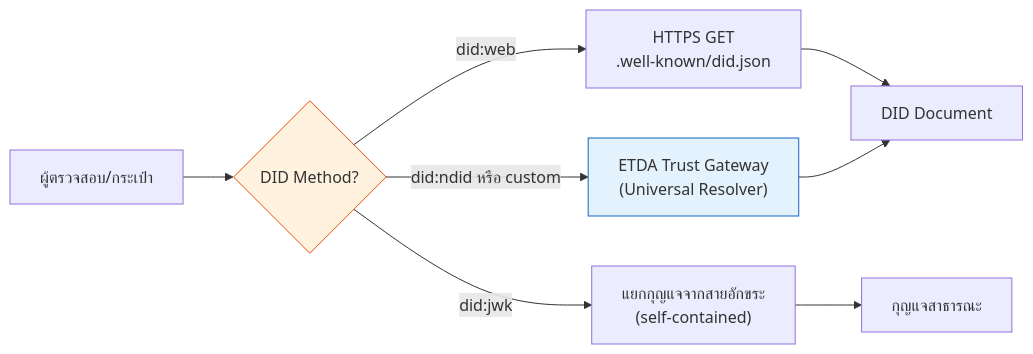
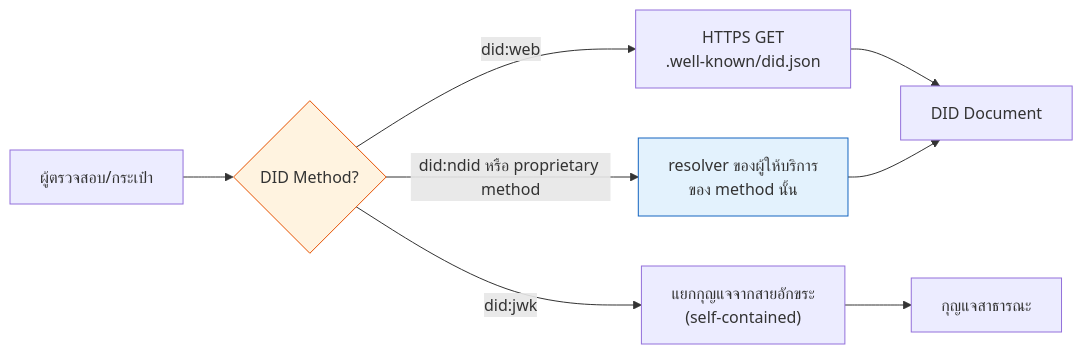
The diagram in docs/thai-vc-arf/06-did-methodologies.md (ETDA/vcdoc), drawn with Mermaid before and after one commit. The commit also changed other lines of this file and 22 other files, not shown here.

````diff
--- a/docs/thai-vc-arf/06-did-methodologies.md
+++ b/docs/thai-vc-arf/06-did-methodologies.md
@@ -69,13 +69,13 @@
 ```mermaid
 flowchart LR
     USER["ผู้ตรวจสอบ/กระเป๋า"] --> CHECK{"DID Method?"}
     CHECK -->|did:web| HTTPS["HTTPS GET<br/>.well-known/did.json"]
     CHECK -->|did:jwk| SELF["แยกกุญแจจากสายอักขระ<br/>(self-contained)"]
-    CHECK -->|did:ndid หรือ custom| UR["ETDA Trust Gateway<br/>(Universal Resolver)"]
+    CHECK -->|did:ndid หรือ proprietary method| UR["resolver ของผู้ให้บริการ<br/>ของ method นั้น"]
     HTTPS --> DOC["DID Document"]
     SELF --> KEY["กุญแจสาธารณะ"]
     UR --> DOC
 
     style CHECK fill:#FFF3E0,stroke:#E65100
     style UR fill:#E3F2FD,stroke:#1565C0
 ```
````
